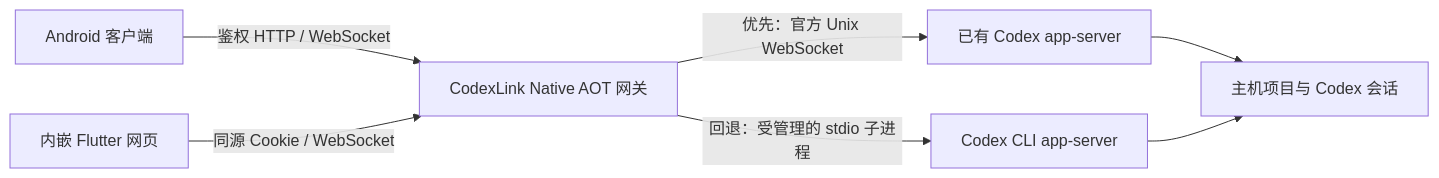
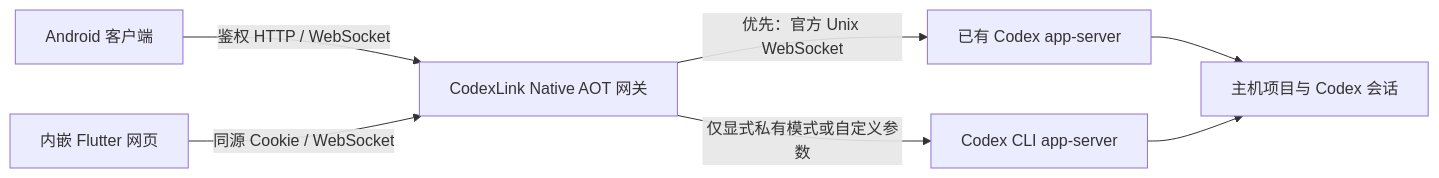
Before and after one commit to mysteriousmy/CodexLink: the diagram in README.zh-CN.md, drawn with Mermaid. The commit also changed other lines of this file and 33 other files, not shown here.

````diff
--- a/README.zh-CN.md
+++ b/README.zh-CN.md
@@ -66,9 +66,9 @@
 ```mermaid
 flowchart LR
     A[Android 客户端] -->|鉴权 HTTP / WebSocket| G[CodexLink Native AOT 网关]
     B[内嵌 Flutter 网页] -->|同源 Cookie / WebSocket| G
     G -->|优先：官方 Unix WebSocket| S[已有 Codex app-server]
-    G -->|回退：受管理的 stdio 子进程| C[Codex CLI app-server]
+    G -->|仅显式私有模式或自定义参数| C[Codex CLI app-server]
     S --> P[主机项目与 Codex 会话]
     C --> P
 ```
````
